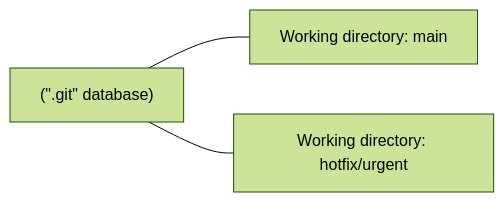
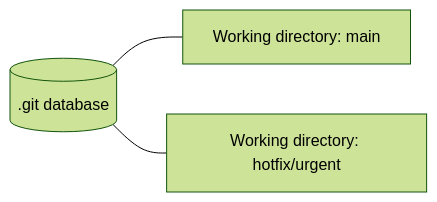
One commit to markbac/markbac.github.io changed diagram 20 of 32 in content/guides/git/01-how-git-works.md. Above: the diagram before and after it, drawn with Mermaid (forest theme). The commit also changed 21 other files, not shown here.

First line of the commit message:
Handbook: move in technical-documentation's architecture handbook, and publish the section

````diff
--- a/content/guides/git/01-how-git-works.md
+++ b/content/guides/git/01-how-git-works.md
@@ -796,8 +796,8 @@
 ```mermaid
 flowchart LR
-    G["(#quot;.git#quot; database)"]
+    G[(".git" database)]
     W1["Working directory: main"]
     W2["Working directory: hotfix/urgent"]
     G --- W1
     G --- W2
 ```
````
